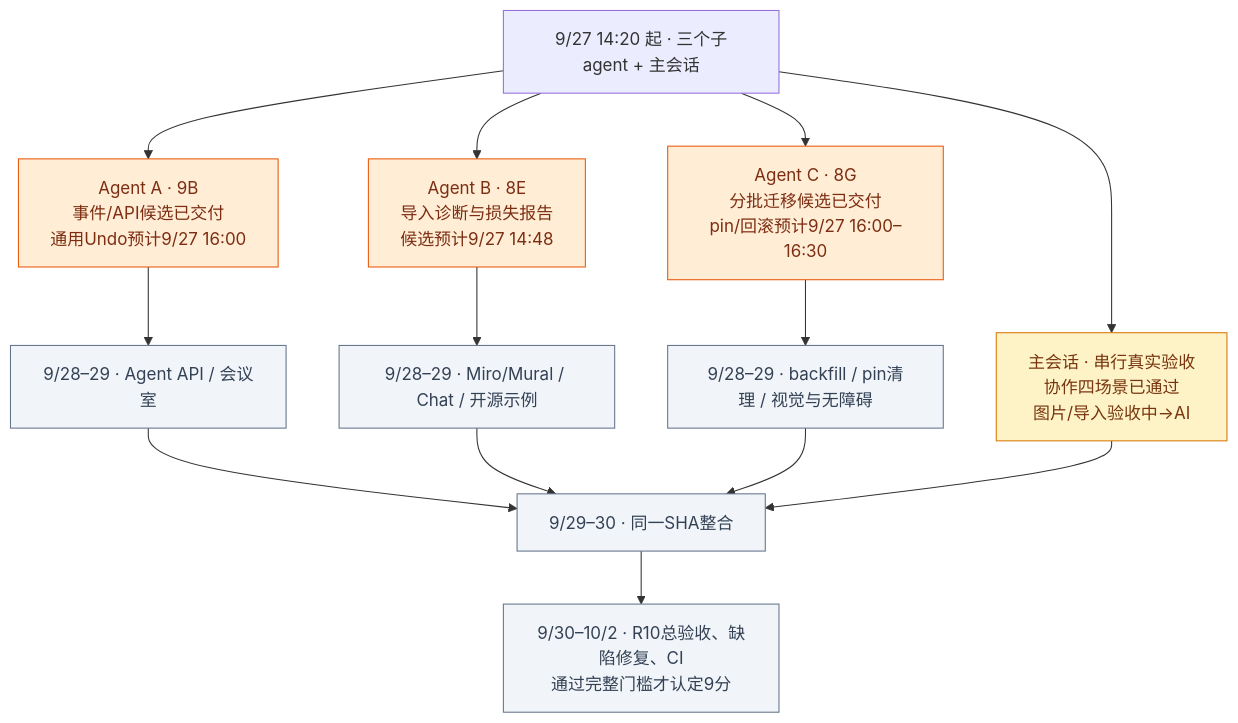
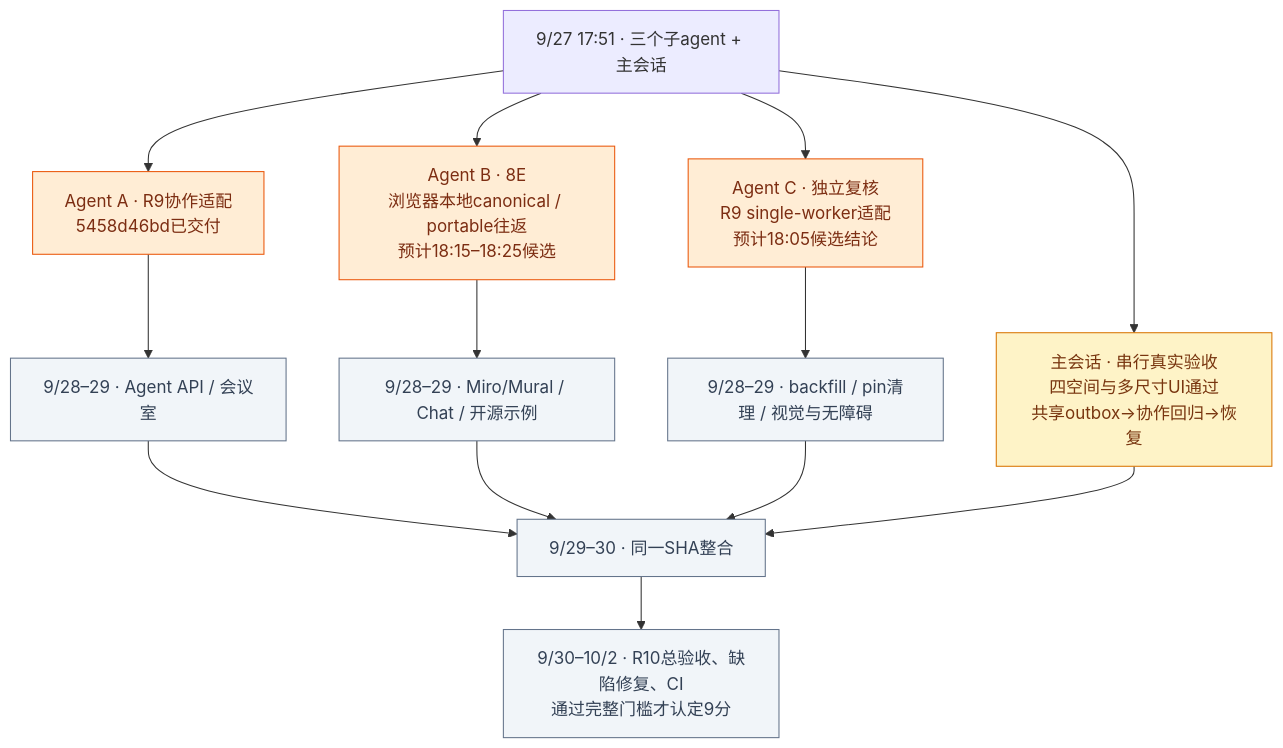
One commit to boardx/workspacex changed the second of 4 diagrams in phases/phase-19-board-visual-workspace/design-deltas/2026-09-26-unified-board-plan.md. Above: the diagram before and after it, drawn with Mermaid. The commit also changed other lines of this file, not shown here.

Commit message:
docs(board): refresh Mermaid with verified spatial and UI results

````diff
--- a/phases/phase-19-board-visual-workspace/design-deltas/2026-09-26-unified-board-plan.md
+++ b/phases/phase-19-board-visual-workspace/design-deltas/2026-09-26-unified-board-plan.md
@@ -83,21 +83,21 @@
 ```mermaid
 flowchart TB
-  START["9/27 14:20 起 · 三个子agent + 主会话"] --> A["Agent A · 9B<br/>事件/API候选已交付<br/>通用Undo预计9/27 16:00"]
-  START --> B["Agent B · 8E<br/>导入诊断与损失报告<br/>候选预计9/27 14:48"]
-  START --> C["Agent C · 8G<br/>分批迁移候选已交付<br/>pin/回滚预计9/27 16:00–16:30"]
-  START --> M["主会话 · 串行真实验收<br/>协作四场景已通过<br/>图片/导入验收中→AI"]
+  START["9/27 17:51 · 三个子agent + 主会话"] --> A["Agent A · R9协作适配<br/>5458d46bd已交付"]
+  START --> B["Agent B · 8E<br/>浏览器本地canonical / portable往返<br/>预计18:15–18:25候选"]
+  START --> C["Agent C · 独立复核<br/>R9 single-worker适配<br/>预计18:05候选结论"]
+  START --> M["主会话 · 串行真实验收<br/>四空间与多尺寸UI通过<br/>共享outbox→协作回归→恢复"]
   A --> A2["9/28–29 · Agent API / 会议室"]
   B --> B2["9/28–29 · Miro/Mural / Chat / 开源示例"]
   C --> C2["9/28–29 · backfill / pin清理 / 视觉与无障碍"]
   A2 --> JOIN["9/29–30 · 同一SHA整合"]
   B2 --> JOIN
   C2 --> JOIN
   M --> JOIN
   JOIN --> ACCEPT["9/30–10/2 · R10总验收、缺陷修复、CI<br/>通过完整门槛才认定9分"]
   classDef active fill:#ffedd5,stroke:#ea580c,color:#7c2d12
   classDef testing fill:#fef3c7,stroke:#d97706,color:#78350f
   classDef planned fill:#f1f5f9,stroke:#64748b,color:#334155
   class A,B,C active
   class M testing
   class A2,B2,C2,JOIN,ACCEPT planned
 ```
````
